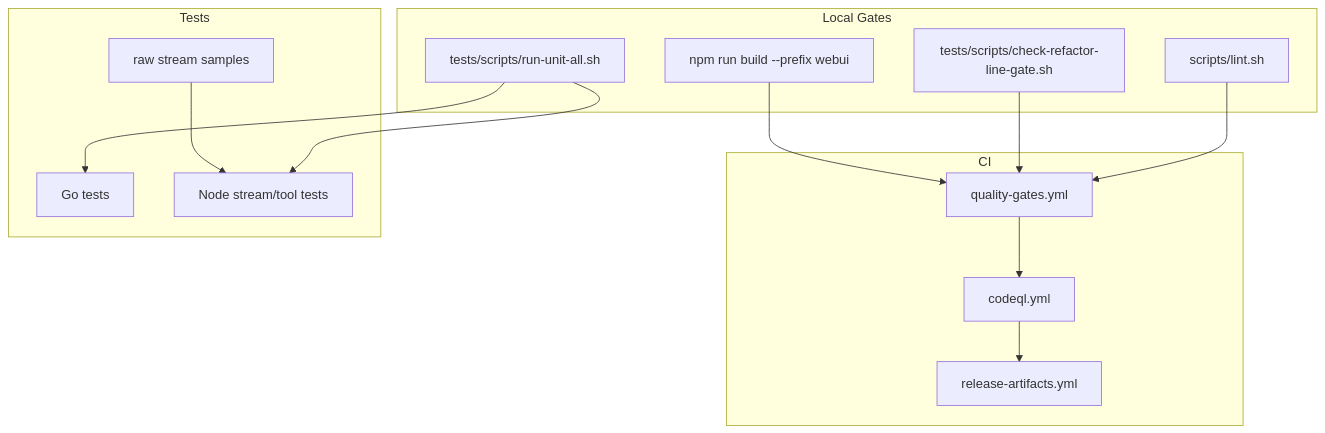
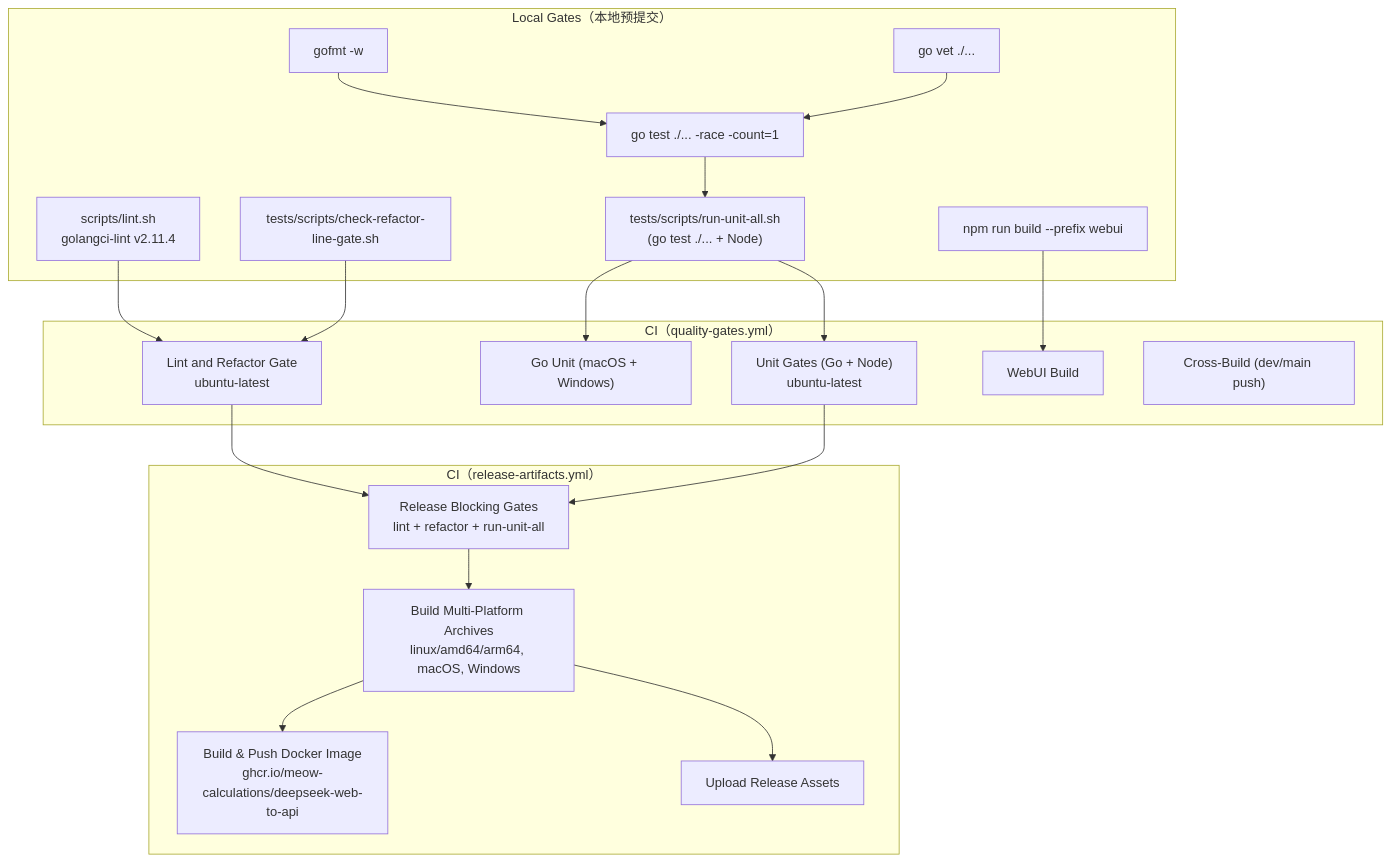
Before and after one commit to marklove5102/DeepSeek_Web_To_API: the first of 2 diagrams in docs/Testing and Delivery/Testing and Delivery.md, drawn with Mermaid. The commit also changed other lines of this file and 17 other files, not shown here.

````diff
--- a/docs/Testing and Delivery/Testing and Delivery.md
+++ b/docs/Testing and Delivery/Testing and Delivery.md
@@ -35,27 +40,38 @@
 ```mermaid
 graph TB
-subgraph "Local Gates"
-LINT["scripts/lint.sh"]
+subgraph "Local Gates（本地预提交）"
+GOFMT["gofmt -w"]
+GOVET["go vet ./..."]
+RACE["go test ./... -race -count=1"]
+LINT["scripts/lint.sh<br/>golangci-lint v2.11.4"]
 LINE["tests/scripts/check-refactor-line-gate.sh"]
-UNIT["tests/scripts/run-unit-all.sh"]
+UNIT["tests/scripts/run-unit-all.sh<br/>(go test ./... + Node)"]
 WEB["npm run build --prefix webui"]
 end
-subgraph "CI"
-QG["quality-gates.yml"]
-CODEQL["codeql.yml"]
-REL["release-artifacts.yml"]
+subgraph "CI（quality-gates.yml）"
+QG_LINT["Lint and Refactor Gate<br/>ubuntu-latest"]
+QG_GO["Go Unit (macOS + Windows)"]
+QG_ALL["Unit Gates (Go + Node)<br/>ubuntu-latest"]
+QG_WEB["WebUI Build"]
+QG_CROSS["Cross-Build (dev/main push)"]
 end
-subgraph "Tests"
-GO["Go tests"]
-NODE["Node stream/tool tests"]
-RAW["raw stream samples"]
+subgraph "CI（release-artifacts.yml）"
+REL_GATE["Release Blocking Gates<br/>lint + refactor + run-unit-all"]
+REL_BUILD["Build Multi-Platform Archives<br/>linux/amd64/arm64, macOS, Windows"]
+REL_DOCKER["Build & Push Docker Image<br/>ghcr.io/meow-calculations/deepseek-web-to-api"]
+REL_UPLOAD["Upload Release Assets"]
 end
-LINT --> QG
-LINE --> QG
-UNIT --> GO
-UNIT --> NODE
-WEB --> QG
-QG --> CODEQL
-RAW --> NODE
-CODEQL --> REL
+GOFMT --> RACE
+GOVET --> RACE
+RACE --> UNIT
+LINT --> QG_LINT
+LINE --> QG_LINT
+UNIT --> QG_ALL
+UNIT --> QG_GO
+WEB --> QG_WEB
+QG_LINT --> REL_GATE
+QG_ALL --> REL_GATE
+REL_GATE --> REL_BUILD
+REL_BUILD --> REL_DOCKER
+REL_BUILD --> REL_UPLOAD
 ```
````
